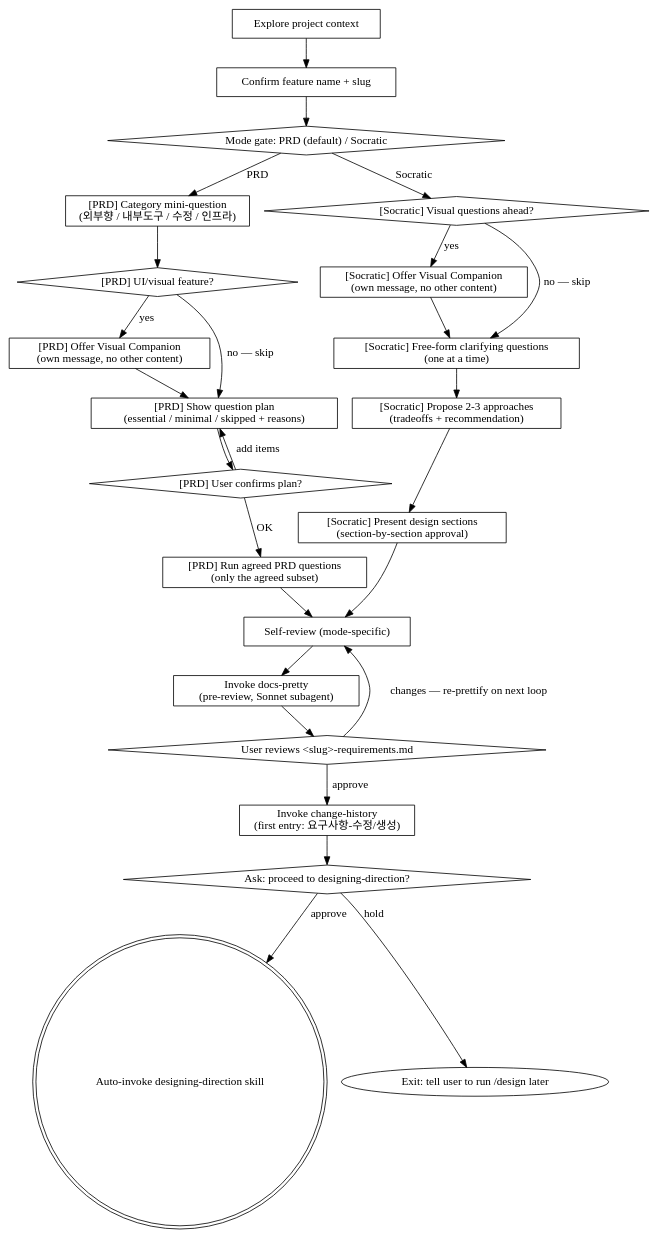
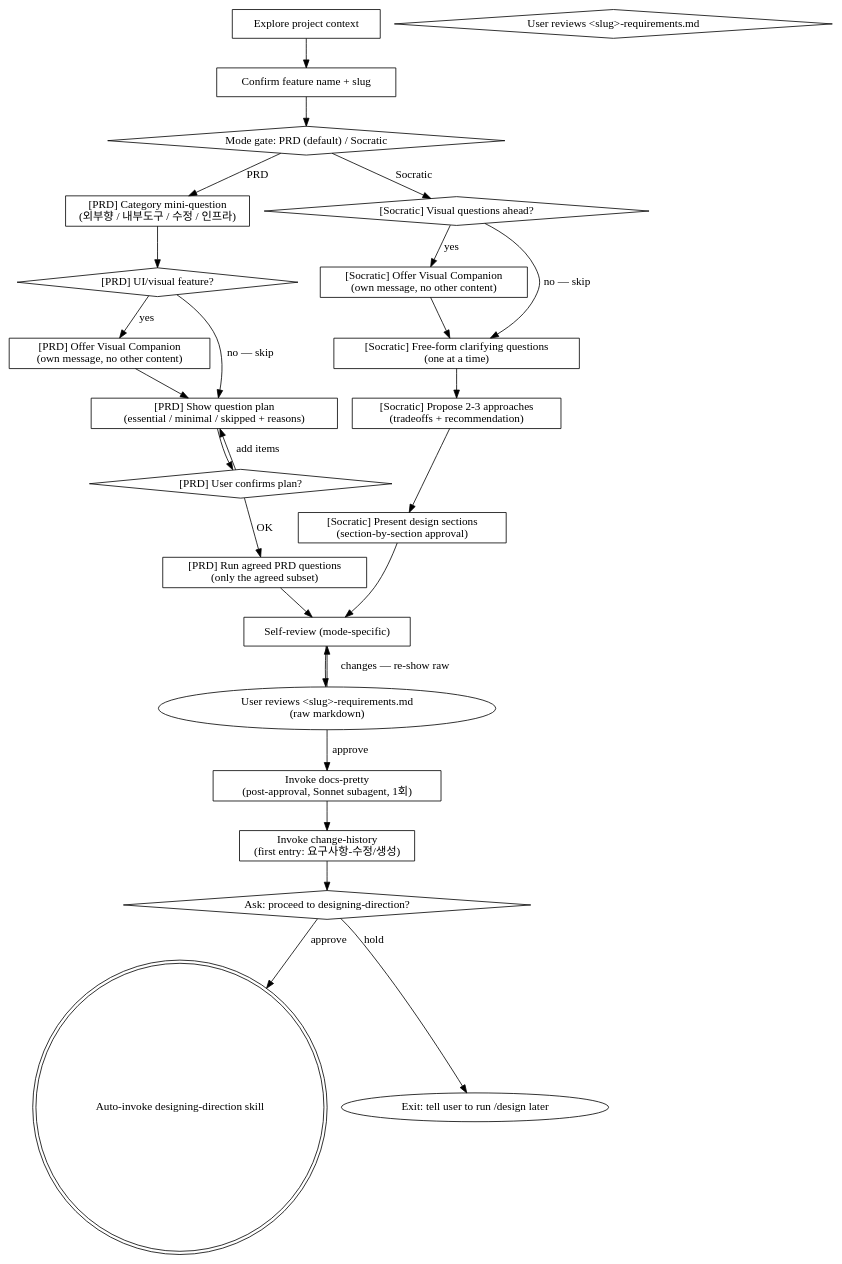
Before and after one commit to deokjinlog/dj-superkit: the diagram in skills/brainstorming/SKILL.md, drawn with Graphviz. The commit also changed other lines of this file, not shown here.

Commit message:
feat(brainstorming): move docs-pretty to post-approval (final-1회) per v1.1.6 policy

````diff
--- a/skills/brainstorming/SKILL.md
+++ b/skills/brainstorming/SKILL.md
@@ -74,57 +74,57 @@
 ```dot
 digraph brainstorm_flow {
     "Explore project context" [shape=box];
     "Confirm feature name + slug" [shape=box];
     "Mode gate: PRD (default) / Socratic" [shape=diamond];
 
     "[PRD] Category mini-question\n(외부향 / 내부도구 / 수정 / 인프라)" [shape=box];
     "[PRD] UI/visual feature?" [shape=diamond];
     "[PRD] Offer Visual Companion\n(own message, no other content)" [shape=box];
     "[PRD] Show question plan\n(essential / minimal / skipped + reasons)" [shape=box];
     "[PRD] User confirms plan?" [shape=diamond];
     "[PRD] Run agreed PRD questions\n(only the agreed subset)" [shape=box];
 
     "[Socratic] Visual questions ahead?" [shape=diamond];
     "[Socratic] Offer Visual Companion\n(own message, no other content)" [shape=box];
     "[Socratic] Free-form clarifying questions\n(one at a time)" [shape=box];
     "[Socratic] Propose 2-3 approaches\n(tradeoffs + recommendation)" [shape=box];
     "[Socratic] Present design sections\n(section-by-section approval)" [shape=box];
 
     "Self-review (mode-specific)" [shape=box];
     "User reviews <slug>-requirements.md" [shape=diamond];
-    "Invoke docs-pretty\n(pre-review, Sonnet subagent)" [shape=box];
+    "Invoke docs-pretty\n(post-approval, Sonnet subagent, 1회)" [shape=box];
     "Invoke change-history\n(first entry: 요구사항-수정/생성)" [shape=box];
     "Ask: proceed to designing-direction?" [shape=diamond];
     "Auto-invoke designing-direction skill" [shape=doublecircle];
     "Exit: tell user to run /design later" [shape=oval];
 
     "Explore project context" -> "Confirm feature name + slug";
     "Confirm feature name + slug" -> "Mode gate: PRD (default) / Socratic";
 
     "Mode gate: PRD (default) / Socratic" -> "[PRD] Category mini-question\n(외부향 / 내부도구 / 수정 / 인프라)" [label="PRD"];
     "[PRD] Category mini-question\n(외부향 / 내부도구 / 수정 / 인프라)" -> "[PRD] UI/visual feature?";
     "[PRD] UI/visual feature?" -> "[PRD] Offer Visual Companion\n(own message, no other content)" [label="yes"];
     "[PRD] UI/visual feature?" -> "[PRD] Show question plan\n(essential / minimal / skipped + reasons)" [label="no — skip"];
     "[PRD] Offer Visual Companion\n(own message, no other content)" -> "[PRD] Show question plan\n(essential / minimal / skipped + reasons)";
     "[PRD] Show question plan\n(essential / minimal / skipped + reasons)" -> "[PRD] User confirms plan?";
     "[PRD] User confirms plan?" -> "[PRD] Show question plan\n(essential / minimal / skipped + reasons)" [label="add items"];
     "[PRD] User confirms plan?" -> "[PRD] Run agreed PRD questions\n(only the agreed subset)" [label="OK"];
     "[PRD] Run agreed PRD questions\n(only the agreed subset)" -> "Self-review (mode-specific)";
 
     "Mode gate: PRD (default) / Socratic" -> "[Socratic] Visual questions ahead?" [label="Socratic"];
     "[Socratic] Visual questions ahead?" -> "[Socratic] Offer Visual Companion\n(own message, no other content)" [label="yes"];
     "[Socratic] Visual questions ahead?" -> "[Socratic] Free-form clarifying questions\n(one at a time)" [label="no — skip"];
     "[Socratic] Offer Visual Companion\n(own message, no other content)" -> "[Socratic] Free-form clarifying questions\n(one at a time)";
     "[Socratic] Free-form clarifying questions\n(one at a time)" -> "[Socratic] Propose 2-3 approaches\n(tradeoffs + recommendation)";
     "[Socratic] Propose 2-3 approaches\n(tradeoffs + recommendation)" -> "[Socratic] Present design sections\n(section-by-section approval)";
     "[Socratic] Present design sections\n(section-by-section approval)" -> "Self-review (mode-specific)";
 
-    "Self-review (mode-specific)" -> "Invoke docs-pretty\n(pre-review, Sonnet subagent)";
-    "Invoke docs-pretty\n(pre-review, Sonnet subagent)" -> "User reviews <slug>-requirements.md";
-    "User reviews <slug>-requirements.md" -> "Self-review (mode-specific)" [label="changes — re-prettify on next loop"];
-    "User reviews <slug>-requirements.md" -> "Invoke change-history\n(first entry: 요구사항-수정/생성)" [label="approve"];
+    "Self-review (mode-specific)" -> "User reviews <slug>-requirements.md\n(raw markdown)";
+    "User reviews <slug>-requirements.md\n(raw markdown)" -> "Self-review (mode-specific)" [label="changes — re-show raw"];
+    "User reviews <slug>-requirements.md\n(raw markdown)" -> "Invoke docs-pretty\n(post-approval, Sonnet subagent, 1회)" [label="approve"];
+    "Invoke docs-pretty\n(post-approval, Sonnet subagent, 1회)" -> "Invoke change-history\n(first entry: 요구사항-수정/생성)";
     "Invoke change-history\n(first entry: 요구사항-수정/생성)" -> "Ask: proceed to designing-direction?";
     "Ask: proceed to designing-direction?" -> "Auto-invoke designing-direction skill" [label="approve"];
     "Ask: proceed to designing-direction?" -> "Exit: tell user to run /design later" [label="hold"];
 }
 ```
````
